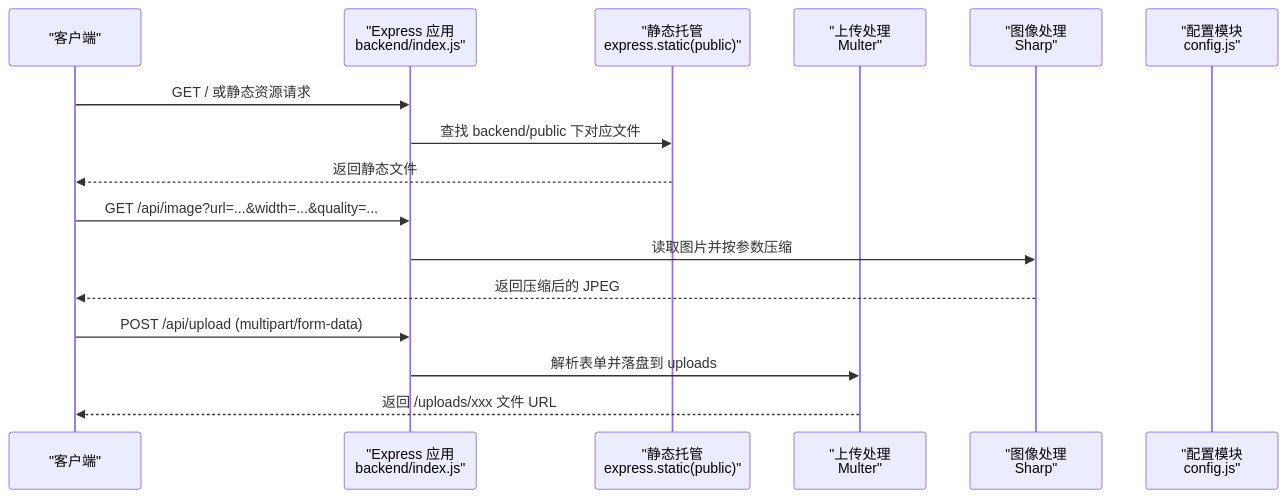
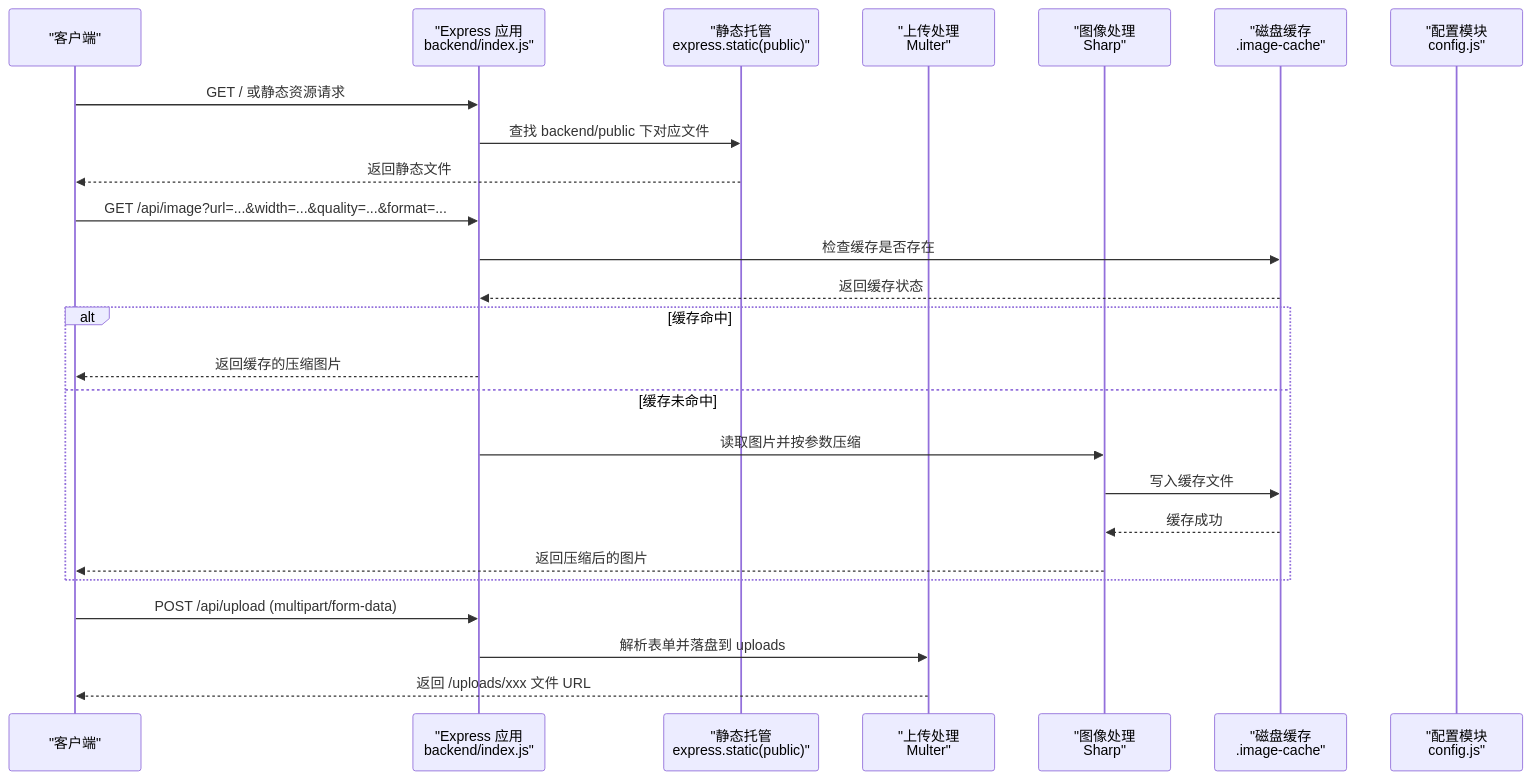
The second of 5 diagrams in .qoder/repowiki/zh/content/后端服务架构/核心服务模块/静态文件服务.md (Giraffe-Han/microAPP), drawn with Mermaid before and after one commit. The commit also changed other lines of this file and 6 other files, not shown here.

````diff
--- a/.qoder/repowiki/zh/content/后端服务架构/核心服务模块/静态文件服务.md
+++ b/.qoder/repowiki/zh/content/后端服务架构/核心服务模块/静态文件服务.md
@@ -94,18 +105,27 @@
 ```mermaid
 sequenceDiagram
 participant Client as "客户端"
 participant Express as "Express 应用<br/>backend/index.js"
 participant Static as "静态托管<br/>express.static(public)"
 participant Upload as "上传处理<br/>Multer"
 participant Sharp as "图像处理<br/>Sharp"
+participant Cache as "磁盘缓存<br/>.image-cache"
 participant Config as "配置模块<br/>config.js"
 Client->>Express : GET / 或静态资源请求
 Express->>Static : 查找 backend/public 下对应文件
 Static-->>Client : 返回静态文件
-Client->>Express : GET /api/image?url=...&width=...&quality=...
+Client->>Express : GET /api/image?url=...&width=...&quality=...&format=...
+Express->>Cache : 检查缓存是否存在
+Cache-->>Express : 返回缓存状态
+alt 缓存命中
+Express-->>Client : 返回缓存的压缩图片
+else 缓存未命中
 Express->>Sharp : 读取图片并按参数压缩
-Sharp-->>Client : 返回压缩后的 JPEG
+Sharp->>Cache : 写入缓存文件
+Cache-->>Sharp : 缓存成功
+Sharp-->>Client : 返回压缩后的图片
+end
 Client->>Express : POST /api/upload (multipart/form-data)
 Express->>Upload : 解析表单并落盘到 uploads
 Upload-->>Client : 返回 /uploads/xxx 文件 URL
 ```
````
